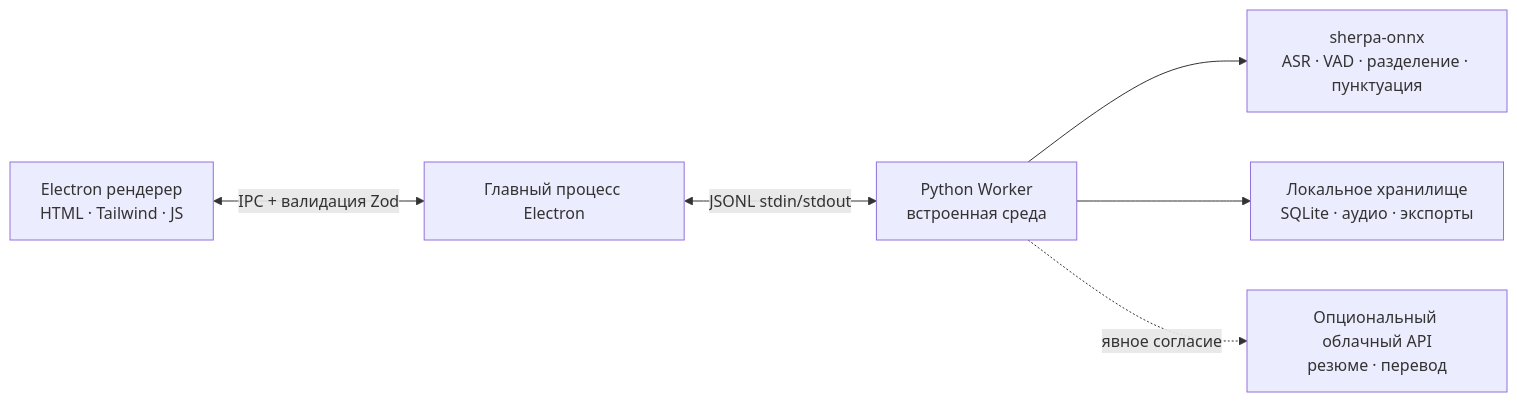
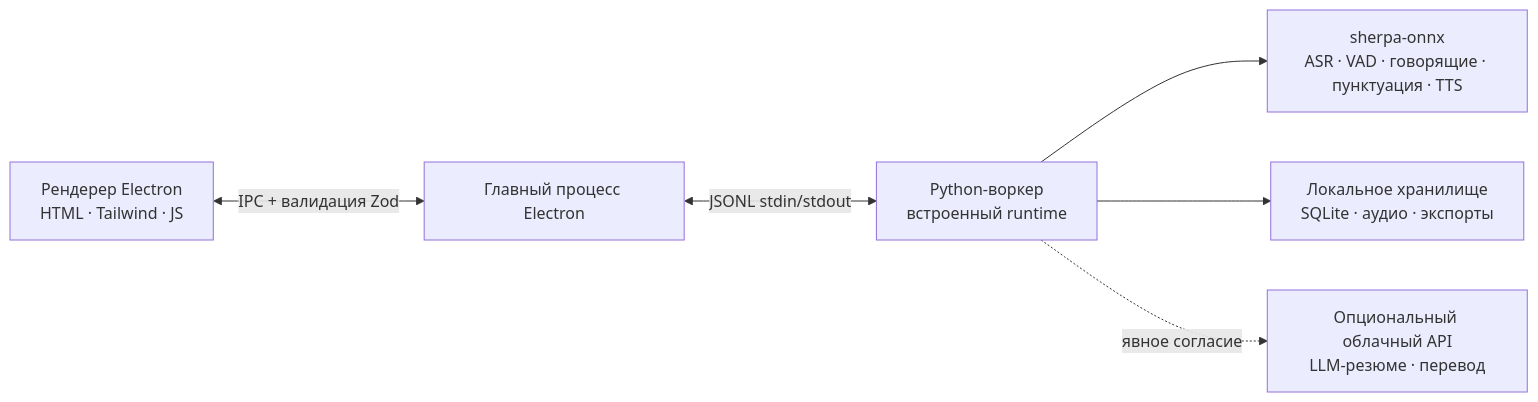
One commit to zerolovesea/Brevia changed the diagram in docs/README.ru.md. Above: the diagram before and after it, drawn with Mermaid. The commit also changed other lines of this file and 44 other files, not shown here.

````diff
--- a/docs/README.ru.md
+++ b/docs/README.ru.md
@@ -55,8 +76,8 @@
 ```mermaid
 flowchart LR
-  A[Electron рендерер<br/>HTML · Tailwind · JS] <-->|IPC + валидация Zod| B[Главный процесс Electron]
-  B <-->|JSONL stdin/stdout| C[Python Worker<br/>встроенная среда]
-  C --> D[sherpa-onnx<br/>ASR · VAD · разделение · пунктуация]
+  A[Рендерер Electron<br/>HTML · Tailwind · JS] <-->|IPC + валидация Zod| B[Главный процесс Electron]
+  B <-->|JSONL stdin/stdout| C[Python-воркер<br/>встроенный runtime]
+  C --> D[sherpa-onnx<br/>ASR · VAD · говорящие · пунктуация · TTS]
   C --> E[Локальное хранилище<br/>SQLite · аудио · экспорты]
-  C -. явное согласие .-> F[Опциональный облачный API<br/>резюме · перевод]
+  C -. явное согласие .-> F[Опциональный облачный API<br/>LLM-резюме · перевод]
 ```
````
